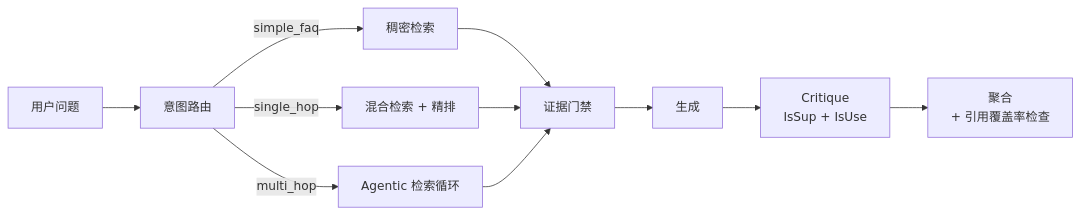
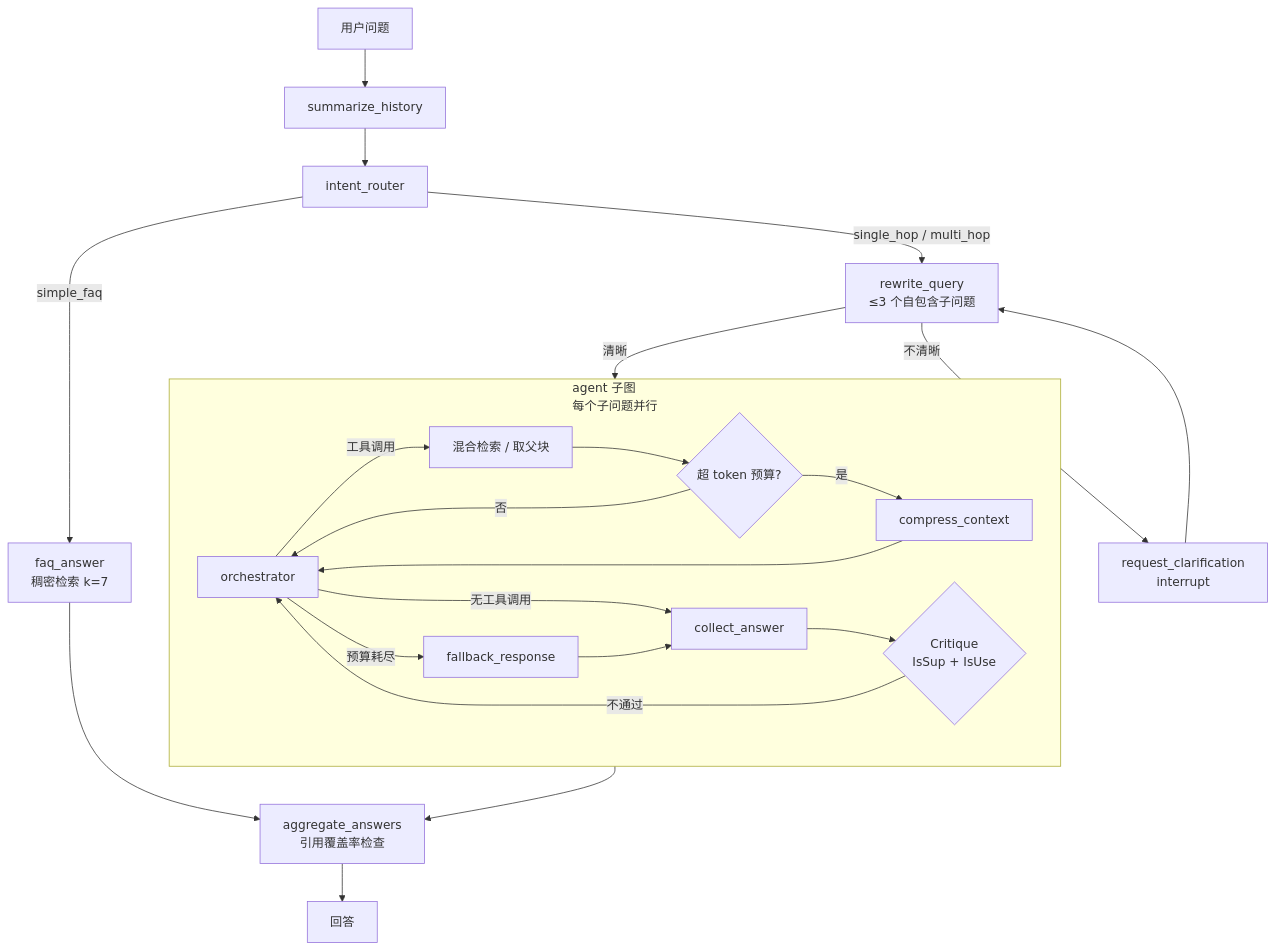
One commit to yourcplusplus/reflect-rag changed the diagram in README.zh-CN.md. Above: the diagram before and after it, drawn with Mermaid. The commit also changed other lines of this file and 1 other file, not shown here.

Commit message:
docs: align architecture diagram with graph implementation
- single_hop and multi_hop share one agentic path; only simple_faq forks
- FAQ fast path bypasses Critique, so it no longer routes through a gate
- drop the non-existent Evidence Gate node; add summarize/rewrite/
  clarification/compression/collect nodes and the retry edge
- sync README.zh-CN.md

````diff
--- a/README.zh-CN.md
+++ b/README.zh-CN.md
@@ -35,13 +35,25 @@
 ```mermaid
-flowchart LR
-    Q[用户问题] --> IR[意图路由]
-    IR -->|simple_faq| FAQ[稠密检索]
-    IR -->|single_hop| SH[混合检索 + 精排]
-    IR -->|multi_hop| MH[Agentic 检索循环]
-    FAQ --> EG[证据门禁]
-    SH --> EG
-    MH --> EG
-    EG --> GEN[生成]
-    GEN --> CR[Critique<br/>IsSup + IsUse]
-    CR --> AGG[聚合<br/>+ 引用覆盖率检查]
+flowchart TD
+    Q[用户问题] --> SUM[summarize_history]
+    SUM --> IR[intent_router]
+    IR -->|simple_faq| FAQ[faq_answer<br/>稠密检索 k=7]
+    IR -->|single_hop / multi_hop| RW[rewrite_query<br/>≤3 个自包含子问题]
+    RW -->|不清晰| CLR[request_clarification<br/>interrupt]
+    CLR --> RW
+    RW -->|清晰| AG
+    subgraph AG[agent 子图<br/>每个子问题并行]
+      ORC[orchestrator] -->|工具调用| TOOLS[混合检索 / 取父块]
+      TOOLS --> BUD{超 token 预算?}
+      BUD -->|是| CMP[compress_context]
+      BUD -->|否| ORC
+      CMP --> ORC
+      ORC -->|预算耗尽| FB[fallback_response]
+      ORC -->|无工具调用| COL[collect_answer]
+      FB --> COL
+      COL --> CR{Critique<br/>IsSup + IsUse}
+      CR -->|不通过| ORC
+    end
+    AG --> AGG[aggregate_answers<br/>引用覆盖率检查]
+    FAQ --> AGG
+    AGG --> ANS[回答]
 ```
````
